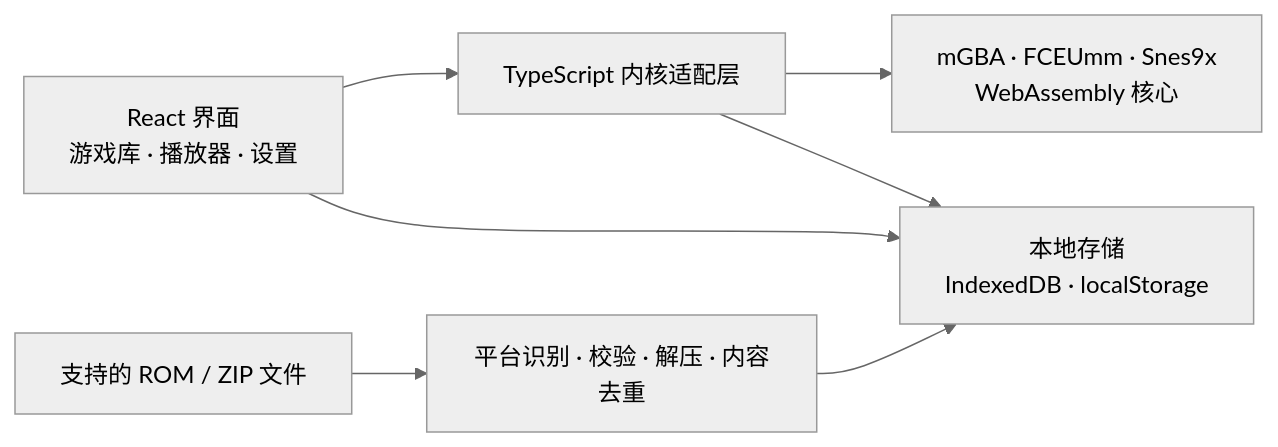
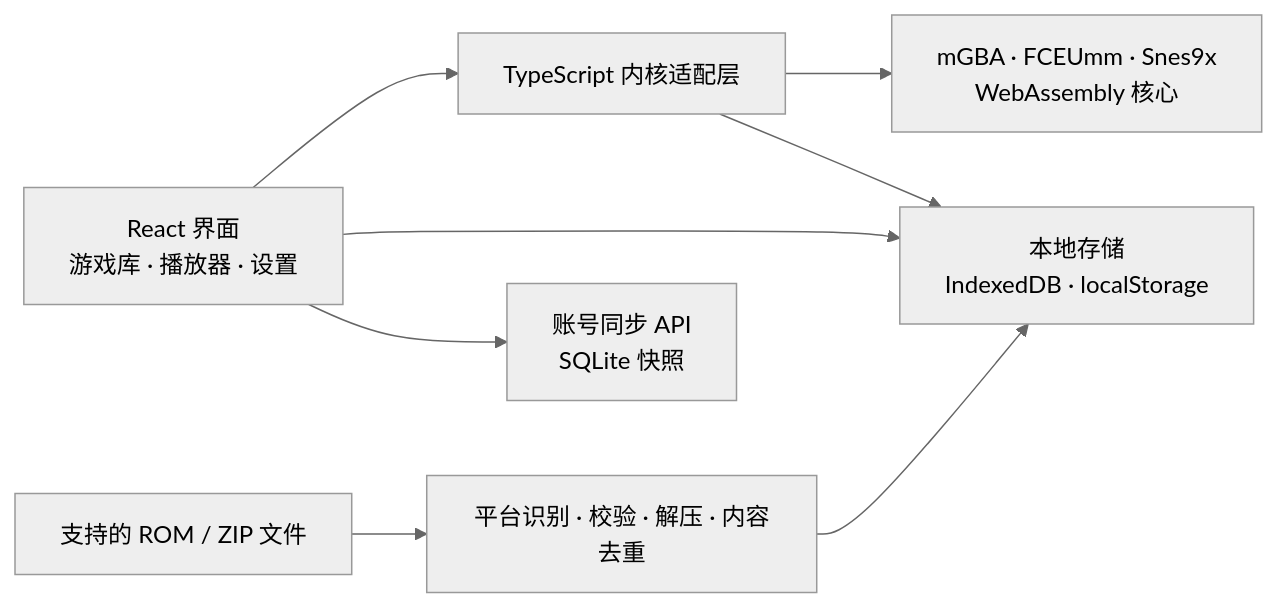
Before and after one commit to hehuang139/Orbitra: the diagram in README.md, drawn with Mermaid (neutral theme). The commit also changed other lines of this file and 17 other files, not shown here.

````diff
--- a/README.md
+++ b/README.md
@@ -202,9 +205,10 @@
 ```mermaid
 flowchart LR
     A[React 界面<br/>游戏库 · 播放器 · 设置] --> B[TypeScript 内核适配层]
     B --> C[mGBA · FCEUmm · Snes9x<br/>WebAssembly 核心]
     A --> D[本地存储<br/>IndexedDB · localStorage]
+    A --> G[账号同步 API<br/>SQLite 快照]
     B --> D
     E[支持的 ROM / ZIP 文件] --> F[平台识别 · 校验 · 解压 · 内容去重]
     F --> D
 ```
````
